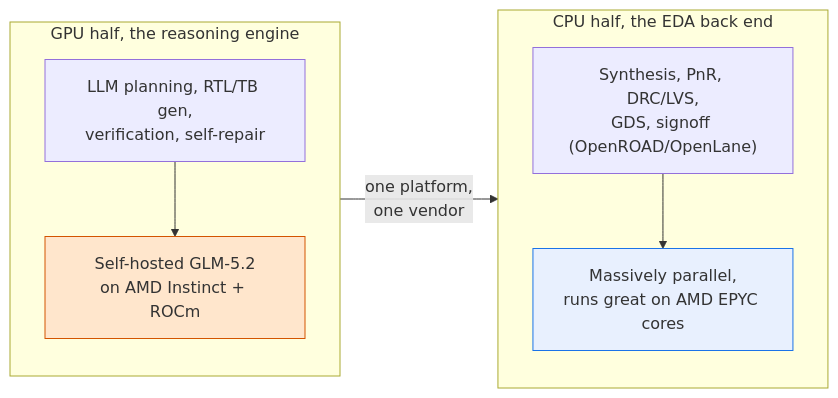
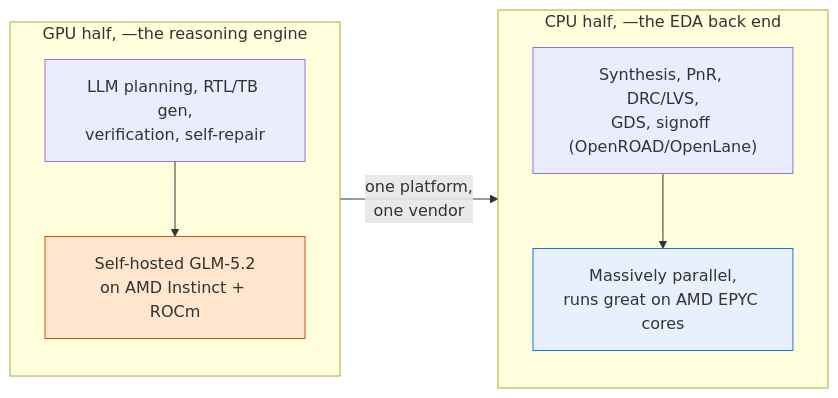
One commit to radhian/Chip-Orchestra changed the fourth of 9 diagrams in docs/platform_x_amd_deck.md. Above: the diagram before and after it, drawn with Mermaid. The commit also changed other lines of this file, not shown here.

````diff
--- a/docs/platform_x_amd_deck.md
+++ b/docs/platform_x_amd_deck.md
@@ -133,18 +124,18 @@
 ```mermaid
 flowchart LR
-    subgraph GPU["GPU half, the reasoning engine"]
+    subgraph GPU["GPU half, —the reasoning engine"]
         direction TB
         G1["LLM planning, RTL/TB gen,<br/>verification, self-repair"]
         G2["Self-hosted GLM-5.2<br/>on AMD Instinct + ROCm"]
         G1 --> G2
     end
-    subgraph CPU["CPU half, the EDA back end"]
+    subgraph CPU["CPU half, —the EDA back end"]
         direction TB
         C1["Synthesis, PnR, DRC/LVS,<br/>GDS, signoff (OpenROAD/OpenLane)"]
         C2["Massively parallel,<br/>runs great on AMD EPYC cores"]
         C1 --> C2
     end
     GPU -->|"one platform,<br/>one vendor"| CPU
     style G2 fill:#ffe6cc,stroke:#d35400
     style C2 fill:#e8f0fe,stroke:#1a73e8
 ```
````
